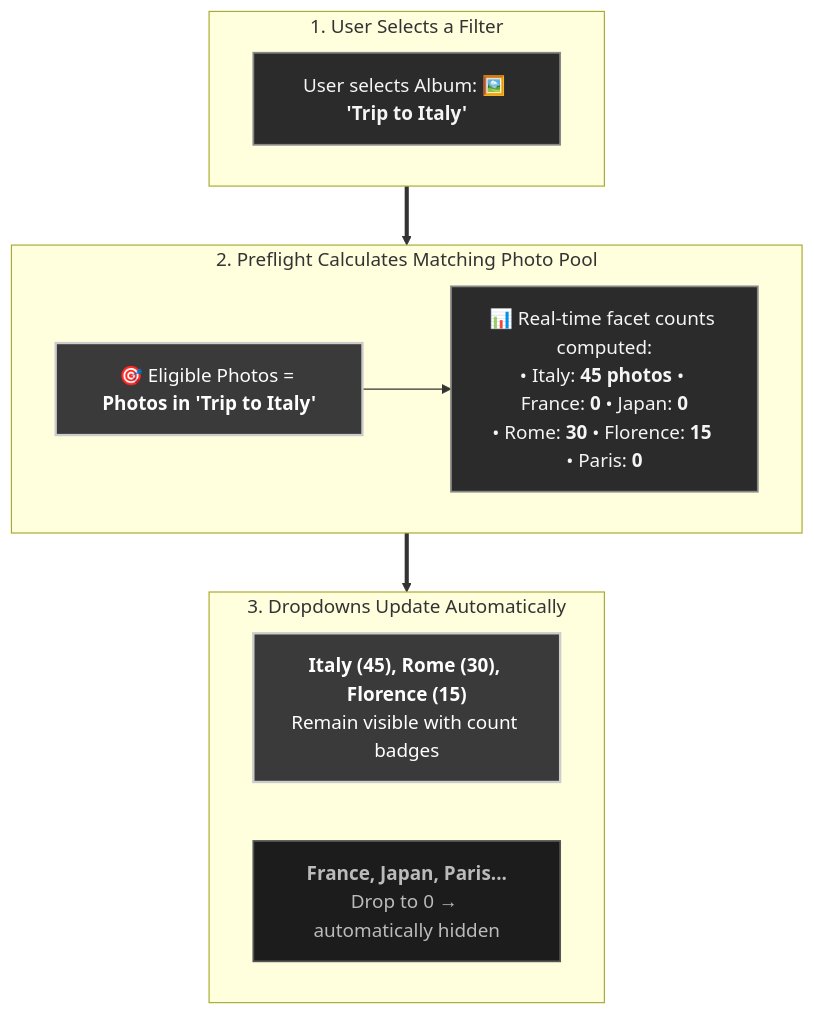
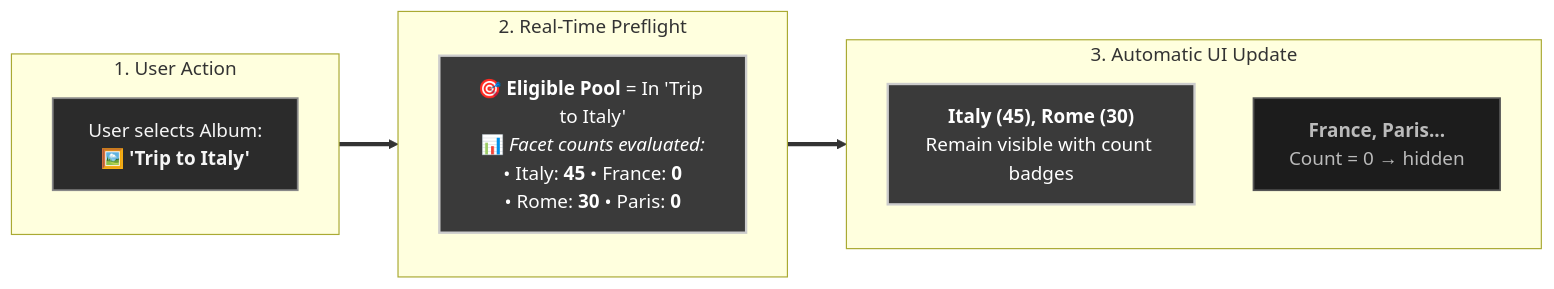
The first of 4 diagrams in docs/FILTERS.md (rafaelsavi/immich-quiz), drawn with Mermaid before and after one commit. The commit also changed other lines of this file and 14 other files, not shown here.

````diff
--- a/docs/FILTERS.md
+++ b/docs/FILTERS.md
@@ -13,25 +13,22 @@
 ```mermaid
-flowchart TD
+flowchart LR
     %% Greyscale Theme
     classDef greyMain fill:#2b2b2b,stroke:#888888,stroke-width:1.5px,color:#f5f5f5;
     classDef greyHighlight fill:#3a3a3a,stroke:#cccccc,stroke-width:2px,color:#ffffff;
     classDef greyMuted fill:#1c1c1c,stroke:#555555,stroke-width:1.5px,color:#bbbbbb;
 
-    subgraph Action["1. User Selects a Filter"]
-        Pick["User selects Album: 🖼️ <b>'Trip to Italy'</b>"]:::greyMain
+    subgraph Step1["1. User Action"]
+        Pick["User selects Album:<br/>🖼️ <b>'Trip to Italy'</b>"]:::greyMain
     end
 
-    subgraph Evaluation["2. Preflight Calculates Matching Photo Pool"]
-        Pool["🎯 Eligible Photos = <b>Photos in 'Trip to Italy'</b>"]:::greyHighlight
-        Counts["📊 Real-time facet counts computed:<br/>• Italy: <b>45 photos</b> • France: <b>0</b> • Japan: <b>0</b><br/>• Rome: <b>30</b> • Florence: <b>15</b> • Paris: <b>0</b>"]:::greyMain
-        Pool --> Counts
+    subgraph Step2["2. Real-Time Preflight"]
+        Pool["🎯 <b>Eligible Pool</b> = In 'Trip to Italy'<br/>📊 <i>Facet counts evaluated:</i><br/>• Italy: <b>45</b> • France: <b>0</b><br/>• Rome: <b>30</b> • Paris: <b>0</b>"]:::greyHighlight
     end
 
-    subgraph Results["3. Dropdowns Update Automatically"]
-        direction LR
-        Keep["<b>Italy (45), Rome (30), Florence (15)</b><br/>Remain visible with count badges"]:::greyHighlight
-        Hide["<b>France, Japan, Paris...</b><br/>Drop to 0 → automatically hidden"]:::greyMuted
+    subgraph Step3["3. Automatic UI Update"]
+        Keep["<b>Italy (45), Rome (30)</b><br/>Remain visible with count badges"]:::greyHighlight
+        Hide["<b>France, Paris...</b><br/>Count = 0 → hidden"]:::greyMuted
     end
 
-    Action ==> Evaluation ==> Results
+    Step1 ==> Step2 ==> Step3
 ```
````
